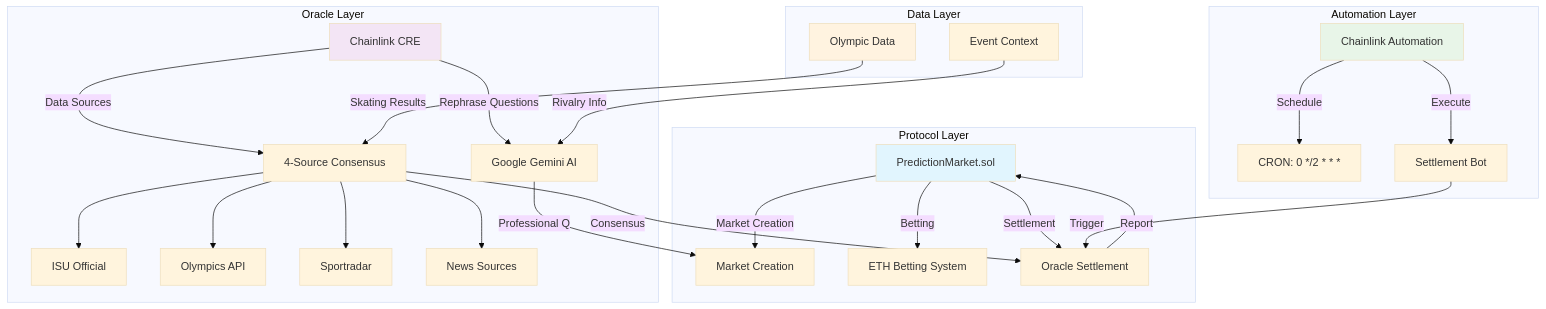
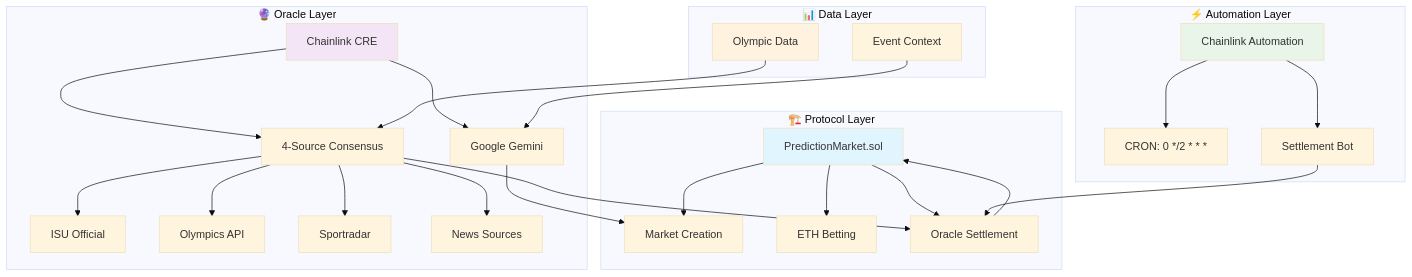
One commit to apeaircreative/olympics-prediction-oracle changed the first of 2 diagrams in README.md. Above: the diagram before and after it, drawn with Mermaid (base theme). The commit also changed other lines of this file and 4 other files, not shown here.

First line of the commit message:
Apply visual design principles to all Mermaid diagrams

````diff
--- a/README.md
+++ b/README.md
@@ -6,46 +6,46 @@
 ```mermaid
 graph TB
-    subgraph "Protocol Layer"
+    subgraph "🏗️ Protocol Layer"
         PM[PredictionMarket.sol]
-        PM --> |Market Creation| MC[Market Creation]
-        PM --> |Betting| BT[ETH Betting System]
-        PM --> |Settlement| ST[Oracle Settlement]
+        PM --> MC[Market Creation]
+        PM --> BT[ETH Betting]
+        PM --> ST[Oracle Settlement]
     end
     
-    subgraph "Oracle Layer"
+    subgraph "🔮 Oracle Layer"
         CRE[Chainlink CRE]
-        AI[Google Gemini AI]
+        AI[Google Gemini]
         OR[4-Source Consensus]
-        CRE --> |Rephrase Questions| AI
-        CRE --> |Data Sources| OR
+        CRE --> AI
+        CRE --> OR
         OR --> ISU[ISU Official]
         OR --> OLY[Olympics API]
         OR --> SR[Sportradar]
         OR --> NEWS[News Sources]
     end
     
-    subgraph "Automation Layer"
+    subgraph "⚡ Automation Layer"
         AUTO[Chainlink Automation]
         CRON[CRON: 0 */2 * * *]
         BOT[Settlement Bot]
-        AUTO --> |Schedule| CRON
-        AUTO --> |Execute| BOT
-        BOT --> |Trigger| ST
+        AUTO --> CRON
+        AUTO --> BOT
+        BOT --> ST
     end
     
-    subgraph "Data Layer"
+    subgraph "📊 Data Layer"
         OLYMPIC[Olympic Data]
         CONTEXT[Event Context]
-        OLYMPIC --> |Skating Results| OR
-        CONTEXT --> |Rivalry Info| AI
+        OLYMPIC --> OR
+        CONTEXT --> AI
     end
     
-    ST --> |Report| PM
-    OR --> |Consensus| ST
-    AI --> |Professional Q| MC
+    ST --> PM
+    OR --> ST
+    AI --> MC
     
     style PM fill:#e1f5fe
     style CRE fill:#f3e5f5
     style AUTO fill:#e8f5e8
     style OLYMPIC fill:#fff3e0
 ```
````
